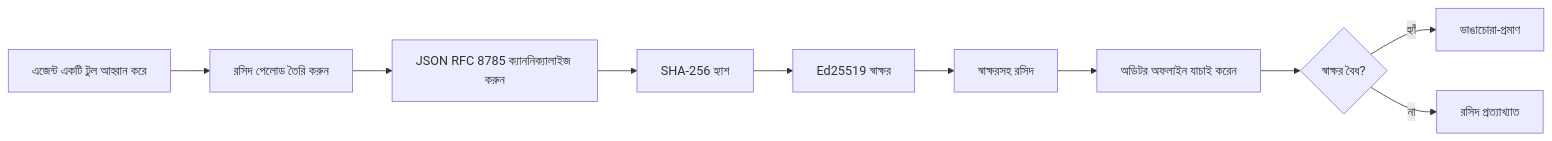
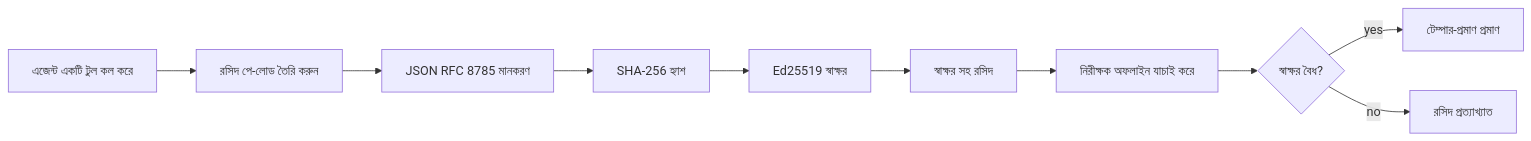
Before and after one commit to gabrielmoreira/agent-skills-mirror: the first of 2 diagrams in mirrors/repos/microsoft@ai-agents-for-beginners/translations/bn/18-securing-ai-agents/README.md, drawn with Mermaid. The commit also changed other lines of this file and 8886 other files, not shown here.

````diff
--- a/mirrors/repos/microsoft@ai-agents-for-beginners/translations/bn/18-securing-ai-agents/README.md
+++ b/mirrors/repos/microsoft@ai-agents-for-beginners/translations/bn/18-securing-ai-agents/README.md
@@ -51,12 +51,12 @@
 ```mermaid
 flowchart LR
-    A[এজেন্ট একটি টুল আহ্বান করে] --> B[রসিদ পেলোড তৈরি করুন]
-    B --> C[JSON RFC 8785 ক্যাননিক্যালাইজ করুন]
+    A[এজেন্ট একটি টুল কল করে] --> B[রসিদ পে-লোড তৈরি করুন]
+    B --> C[JSON RFC 8785 মানকরণ]
     C --> D[SHA-256 হ্যাশ]
     D --> E[Ed25519 স্বাক্ষর]
-    E --> F[স্বাক্ষরসহ রসিদ]
-    F --> G[অডিটর অফলাইন যাচাই করেন]
+    E --> F[স্বাক্ষর সহ রসিদ]
+    F --> G[নিরীক্ষক অফলাইন যাচাই করে]
     G --> H{স্বাক্ষর বৈধ?}
-    H -- হ্যাঁ --> I[ভাঙাচোরা-প্রমাণ]
-    H -- না --> J[রসিদ প্রত্যাখ্যাত]
+    H -- yes --> I[টেম্পার-প্রমাণ প্রমাণ]
+    H -- no --> J[রসিদ প্রত্যাখ্যাত]
 ```
````
